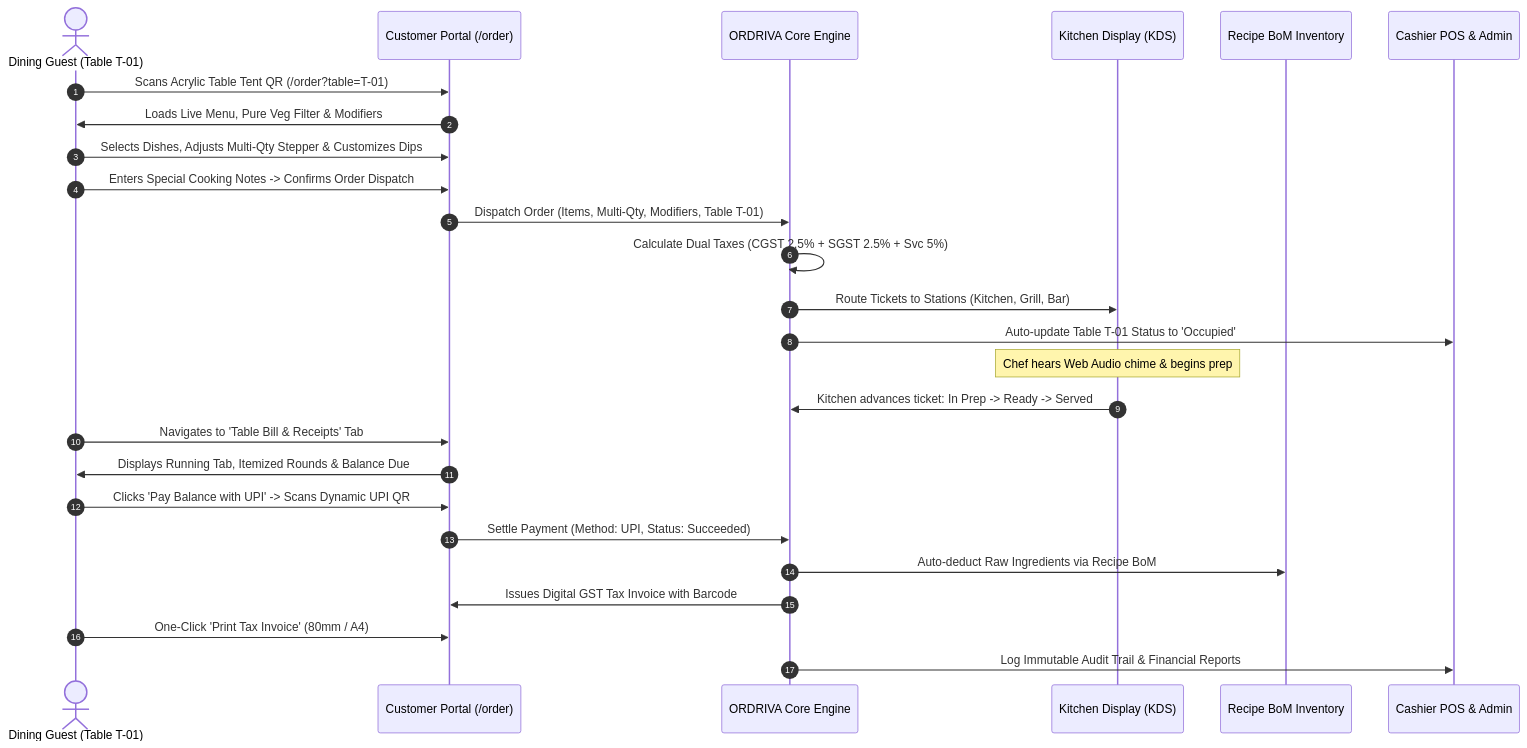
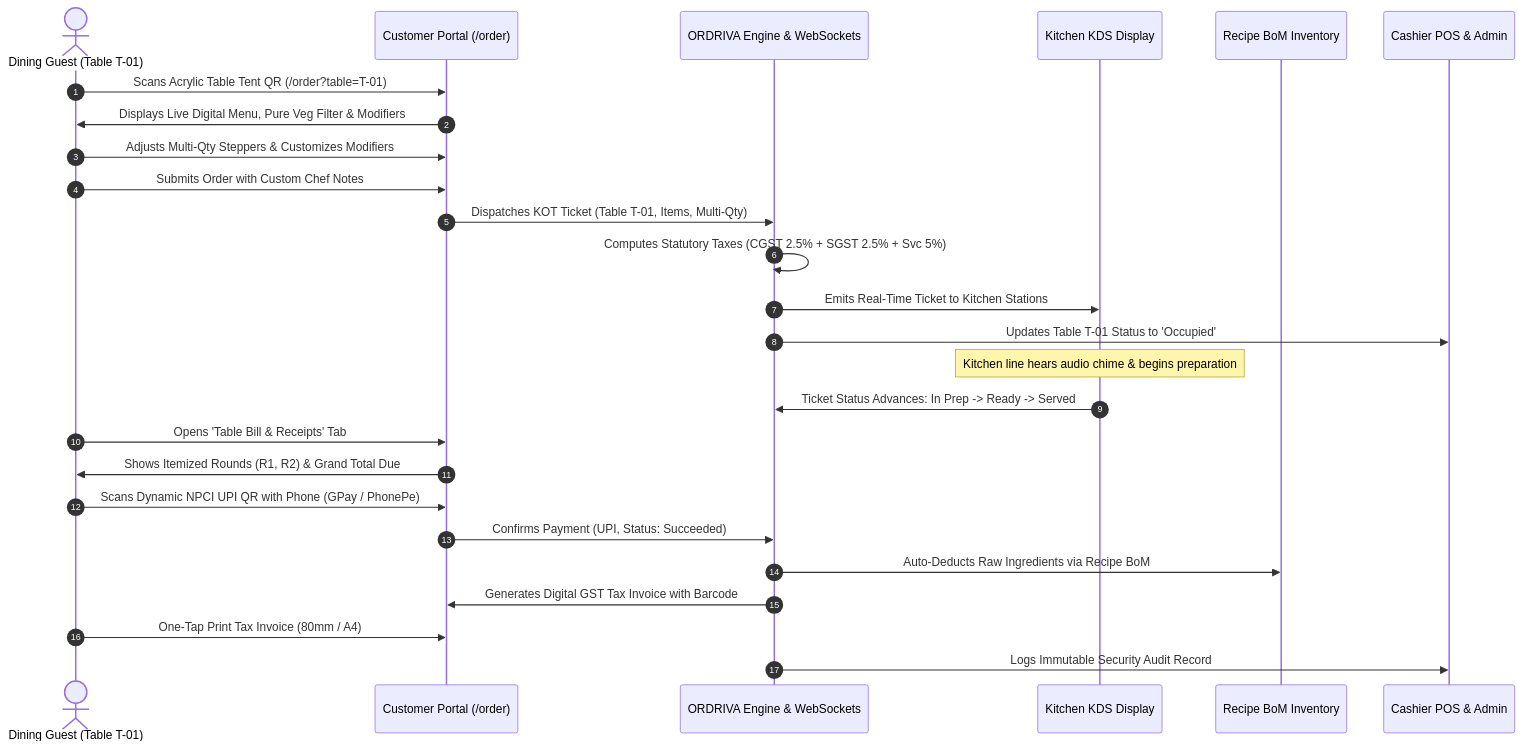
One commit to Gautamgiri798/ORDRIVA changed the second of 3 diagrams in README.md. Above: the diagram before and after it, drawn with Mermaid. The commit also changed other lines of this file, not shown here.

````diff
--- a/README.md
+++ b/README.md
@@ -131,29 +156,29 @@
 ```mermaid
 sequenceDiagram
     autonumber
     actor Guest as Dining Guest (Table T-01)
     participant QR as Customer Portal (/order)
-    participant Engine as ORDRIVA Core Engine
-    participant KDS as Kitchen Display (KDS)
+    participant Engine as ORDRIVA Engine & WebSockets
+    participant KDS as Kitchen KDS Display
     participant Stock as Recipe BoM Inventory
     participant POS as Cashier POS & Admin
 
     Guest->>QR: Scans Acrylic Table Tent QR (/order?table=T-01)
-    QR->>Guest: Loads Live Menu, Pure Veg Filter & Modifiers
-    Guest->>QR: Selects Dishes, Adjusts Multi-Qty Stepper & Customizes Dips
-    Guest->>QR: Enters Special Cooking Notes -> Confirms Order Dispatch
-    QR->>Engine: Dispatch Order (Items, Multi-Qty, Modifiers, Table T-01)
-    Engine->>Engine: Calculate Dual Taxes (CGST 2.5% + SGST 2.5% + Svc 5%)
-    Engine->>KDS: Route Tickets to Stations (Kitchen, Grill, Bar)
-    Engine->>POS: Auto-update Table T-01 Status to 'Occupied'
-    Note over KDS: Chef hears Web Audio chime & begins prep
-    KDS->>Engine: Kitchen advances ticket: In Prep -> Ready -> Served
-    Guest->>QR: Navigates to 'Table Bill & Receipts' Tab
-    QR->>Guest: Displays Running Tab, Itemized Rounds & Balance Due
-    Guest->>QR: Clicks 'Pay Balance with UPI' -> Scans Dynamic UPI QR
-    QR->>Engine: Settle Payment (Method: UPI, Status: Succeeded)
-    Engine->>Stock: Auto-deduct Raw Ingredients via Recipe BoM
-    Engine->>QR: Issues Digital GST Tax Invoice with Barcode
-    Guest->>QR: One-Click 'Print Tax Invoice' (80mm / A4)
-    Engine->>POS: Log Immutable Audit Trail & Financial Reports
+    QR->>Guest: Displays Live Digital Menu, Pure Veg Filter & Modifiers
+    Guest->>QR: Adjusts Multi-Qty Steppers & Customizes Modifiers
+    Guest->>QR: Submits Order with Custom Chef Notes
+    QR->>Engine: Dispatches KOT Ticket (Table T-01, Items, Multi-Qty)
+    Engine->>Engine: Computes Statutory Taxes (CGST 2.5% + SGST 2.5% + Svc 5%)
+    Engine->>KDS: Emits Real-Time Ticket to Kitchen Stations
+    Engine->>POS: Updates Table T-01 Status to 'Occupied'
+    Note over KDS: Kitchen line hears audio chime & begins preparation
+    KDS->>Engine: Ticket Status Advances: In Prep -> Ready -> Served
+    Guest->>QR: Opens 'Table Bill & Receipts' Tab
+    QR->>Guest: Shows Itemized Rounds (R1, R2) & Grand Total Due
+    Guest->>QR: Scans Dynamic NPCI UPI QR with Phone (GPay / PhonePe)
+    QR->>Engine: Confirms Payment (UPI, Status: Succeeded)
+    Engine->>Stock: Auto-Deducts Raw Ingredients via Recipe BoM
+    Engine->>QR: Generates Digital GST Tax Invoice with Barcode
+    Guest->>QR: One-Tap Print Tax Invoice (80mm / A4)
+    Engine->>POS: Logs Immutable Security Audit Record
 ```
````
